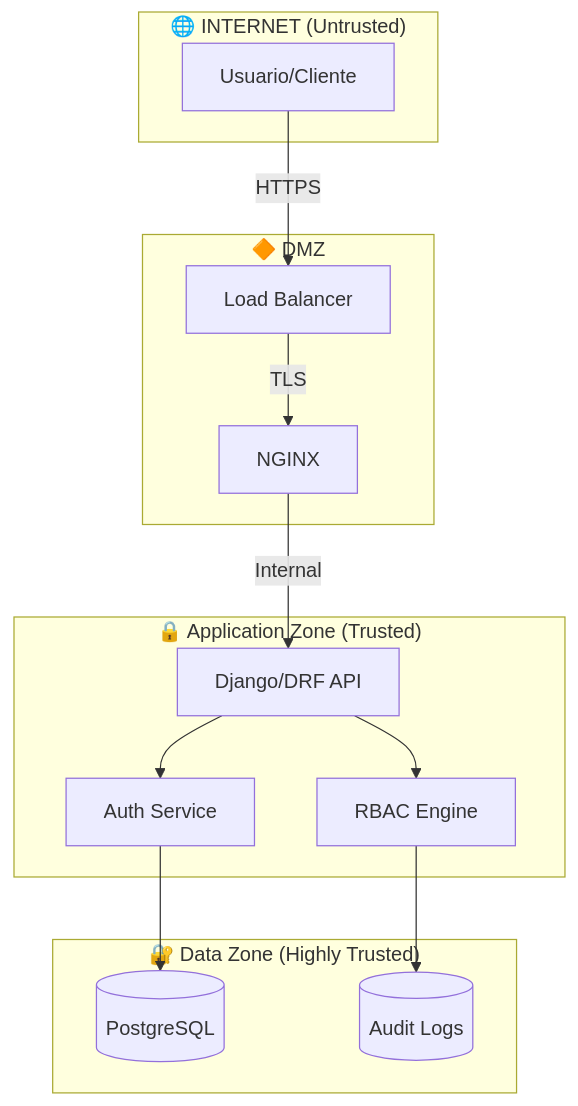
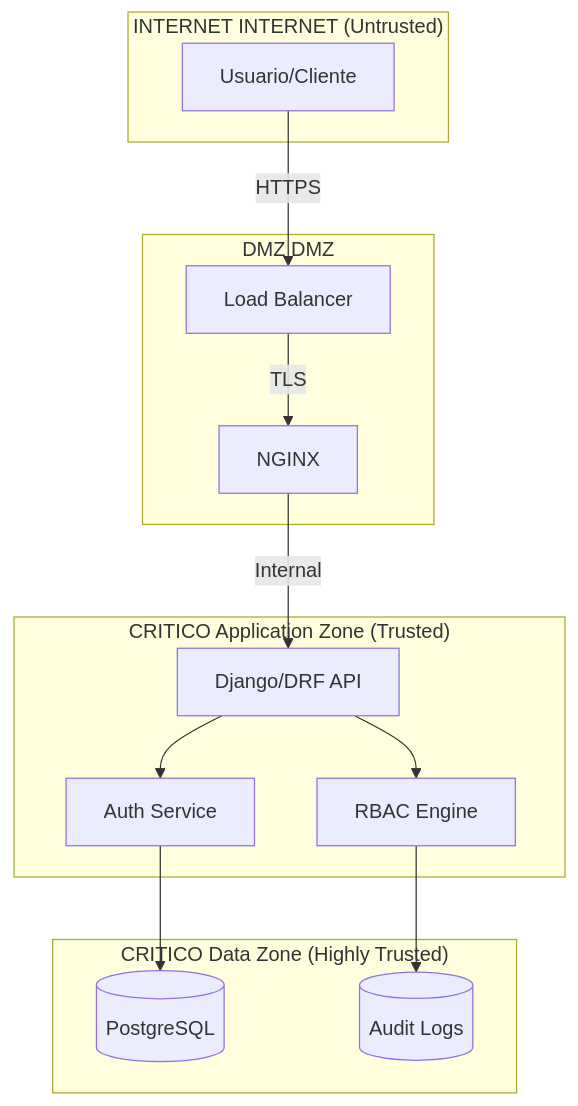
Before and after one commit to jcg-admin/IACT: the first of 2 diagrams in docs/gobernanza/procesos/procedimiento_analisis_seguridad.md, drawn with Mermaid. The commit also changed other lines of this file and 11 other files, not shown here.

````diff
--- a/docs/gobernanza/procesos/procedimiento_analisis_seguridad.md
+++ b/docs/gobernanza/procesos/procedimiento_analisis_seguridad.md
@@ -165,30 +165,30 @@
 ```mermaid
 flowchart TB
-    subgraph Internet["🌐 INTERNET (Untrusted)"]
+    subgraph Internet["INTERNET INTERNET (Untrusted)"]
         U[Usuario/Cliente]
     end
 
-    subgraph DMZ["🔶 DMZ"]
+    subgraph DMZ["DMZ DMZ"]
         LB[Load Balancer]
         NGINX[NGINX]
     end
 
-    subgraph AppZone["🔒 Application Zone (Trusted)"]
+    subgraph AppZone["CRITICO Application Zone (Trusted)"]
         API[Django/DRF API]
         Auth[Auth Service]
         RBAC[RBAC Engine]
     end
 
-    subgraph DataZone["🔐 Data Zone (Highly Trusted)"]
+    subgraph DataZone["CRITICO Data Zone (Highly Trusted)"]
         DB[(PostgreSQL)]
         Audit[(Audit Logs)]
     end
 
     U -->|HTTPS| LB
     LB -->|TLS| NGINX
     NGINX -->|Internal| API
     API --> Auth
     API --> RBAC
     Auth --> DB
     RBAC --> Audit
 ```
````
